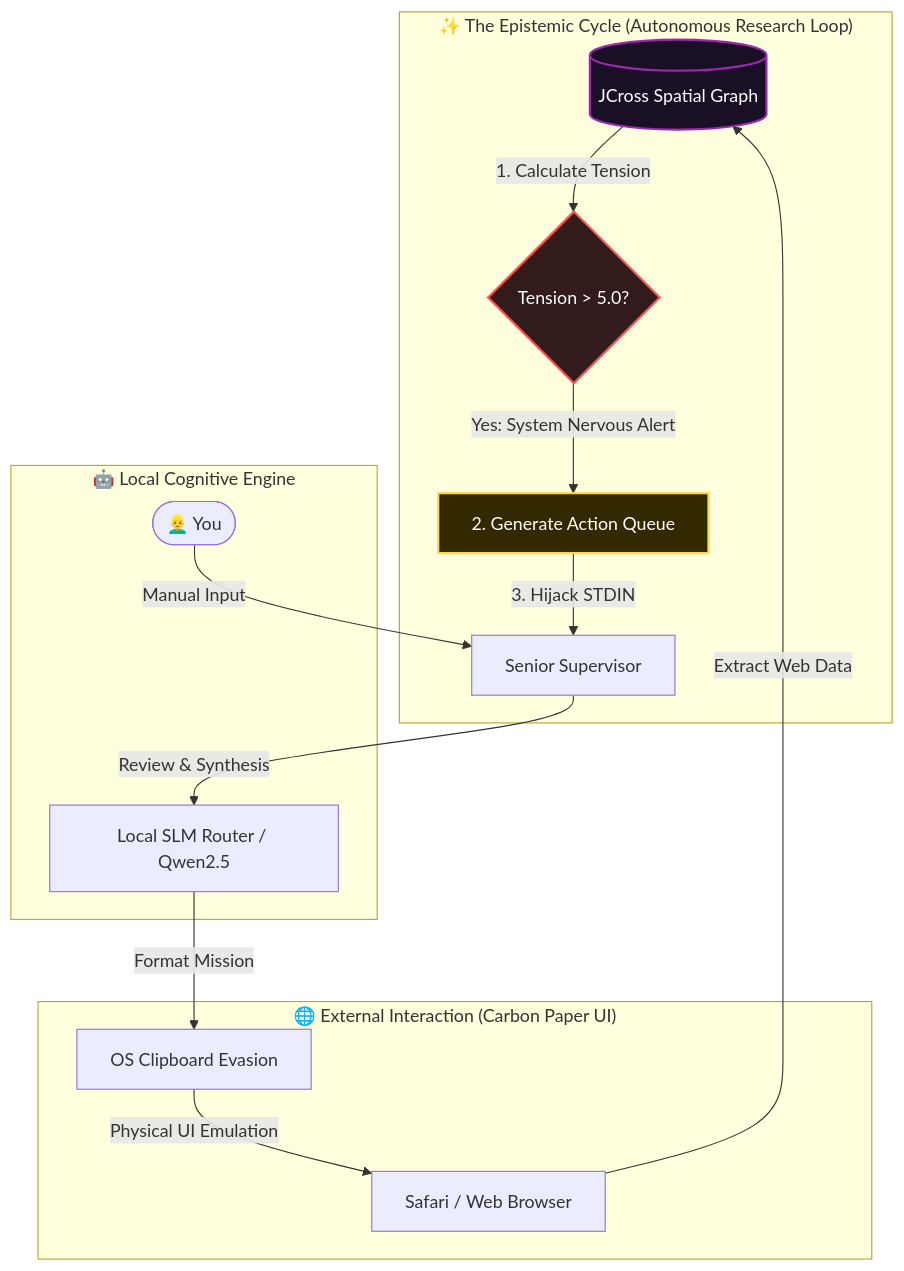
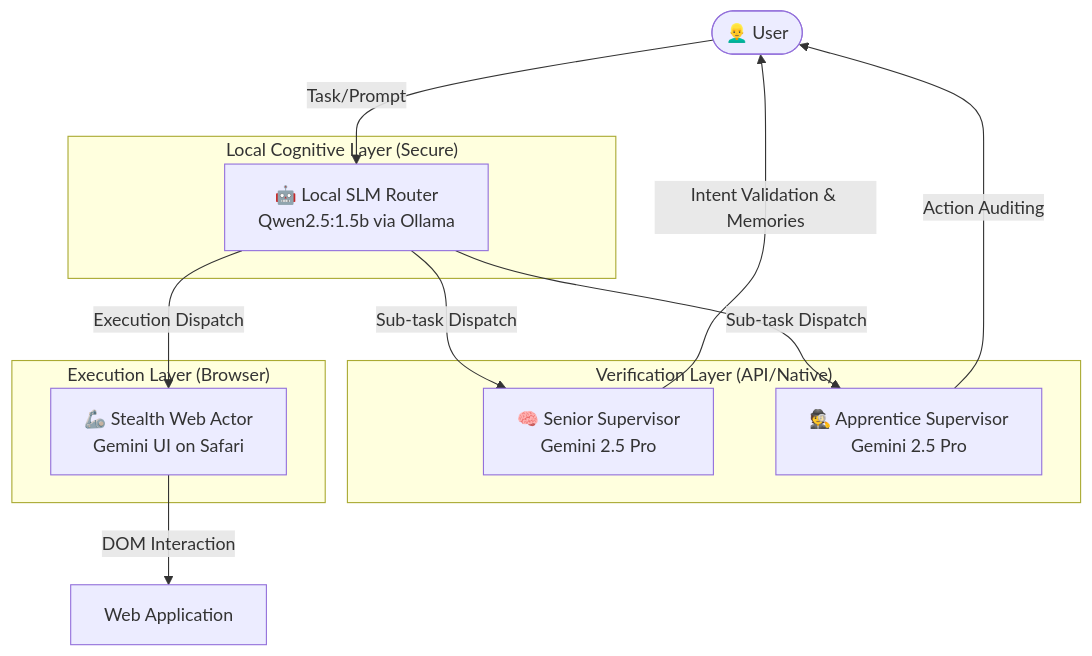
Before and after one commit to Ag3497120/verantyx-cortex: the diagram in verantyx-browser/README.md, drawn with Mermaid. The commit also changed other lines of this file and 2 other files, not shown here.

Commit message:
docs: revert README and CONTRIBUTING to pre-epistemic state focusing on Vera Memory

````diff
--- a/verantyx-browser/README.md
+++ b/verantyx-browser/README.md
@@ -38,23 +28,26 @@
 ```mermaid
 graph TD
-    subgraph "✨ The Epistemic Cycle (Autonomous Research Loop)"
-    JCross[(JCross Spatial Graph)] -->|1. Calculate Tension| Tension{Tension > 5.0?}
-    Tension -->|Yes: System Nervous Alert| AutoPrompt[2. Generate Action Queue]
-    AutoPrompt -->|3. Hijack STDIN| Supervisor[Senior Supervisor]
-    end
-
-    subgraph "🤖 Local Cognitive Engine"
-        User([👱‍♂️ You]) -->|Manual Input| Supervisor
-        Supervisor -->|Review & Synthesis| SLM[Local SLM Router / Qwen2.5]
-    end
-
-    subgraph "🌐 External Interaction (Carbon Paper UI)"
-        SLM -->|Format Mission| Clipboard[OS Clipboard Evasion]
-        Clipboard -->|Physical UI Emulation| Safari[Safari / Web Browser]
-        Safari -->|Extract Web Data| JCross
+    User([👱‍♂️ User]) -->|Task/Prompt| SLM
+    
+    subgraph "Local Cognitive Layer (Secure)"
+        SLM[🤖 Local SLM Router<br>Qwen2.5:1.5b via Ollama]
     end
     
-    style JCross fill:#1a1025,stroke:#9c27b0,stroke-width:2px,color:#fff
-    style Tension fill:#311b1b,stroke:#ff5252,stroke-width:2px,color:#fff
-    style AutoPrompt fill:#332900,stroke:#ffd54f,stroke-width:2px,color:#fff
+    subgraph "Verification Layer (API/Native)"
+        Senior[🧠 Senior Supervisor<br>Gemini 2.5 Pro]
+        Apprentice[🕵️ Apprentice Supervisor<br>Gemini 2.5 Pro]
+    end
+    
+    subgraph "Execution Layer (Browser)"
+        Worker[🦾 Stealth Web Actor<br>Gemini UI on Safari]
+    end
+    
+    SLM -->|Sub-task Dispatch| Senior
+    SLM -->|Sub-task Dispatch| Apprentice
+    SLM -->|Execution Dispatch| Worker
+    
+    Senior -->|Intent Validation & Memories| User
+    Apprentice -->|Action Auditing| User
+    
+    Worker -->|DOM Interaction| Target[Web Application]
 ```
````
